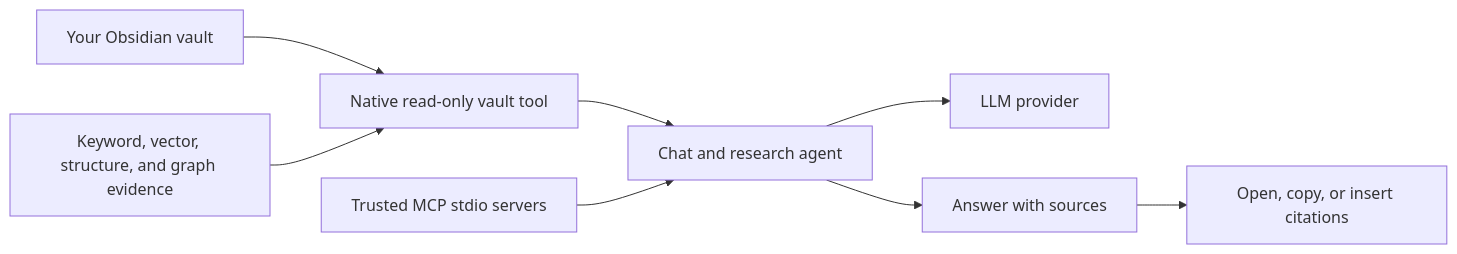
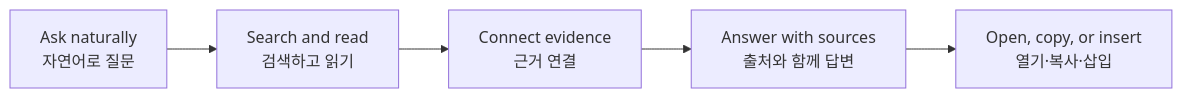
One commit to magnitus99/Superpower-Inside changed the diagram in README.md. Above: the diagram before and after it, drawn with Mermaid. The commit also changed other lines of this file, not shown here.

````diff
--- a/README.md
+++ b/README.md
@@ -27,10 +32,7 @@
 ```mermaid
 flowchart LR
-    A["Your Obsidian vault"] --> B["Native read-only vault tool"]
-    C["Chat and research agent"] --> D["LLM provider"]
-    B --> C
-    E["Keyword, vector, structure, and graph evidence"] --> B
-    F["Trusted MCP stdio servers"] --> C
-    C --> G["Answer with sources"]
-    G --> H["Open, copy, or insert citations"]
+    A["Ask naturally<br>자연어로 질문"] --> B["Search and read<br>검색하고 읽기"]
+    B --> C["Connect evidence<br>근거 연결"]
+    C --> D["Answer with sources<br>출처와 함께 답변"]
+    D --> E["Open, copy, or insert<br>열기·복사·삽입"]
 ```
````
